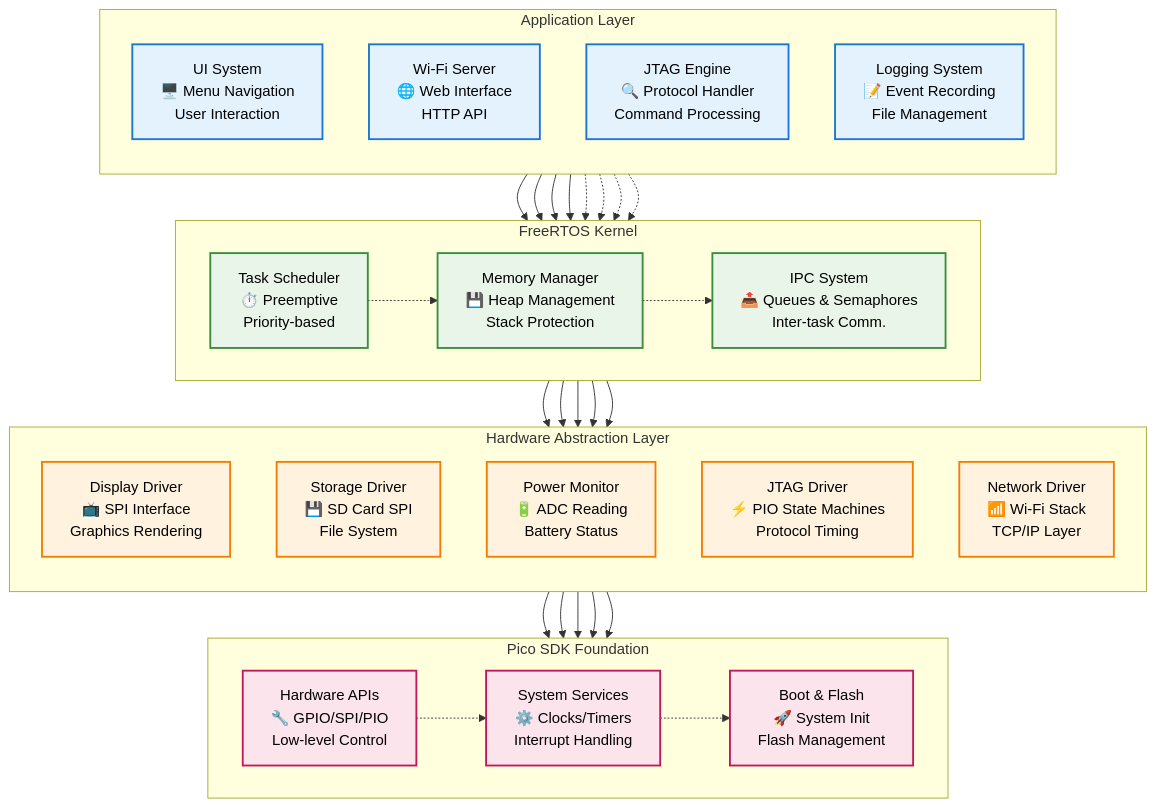
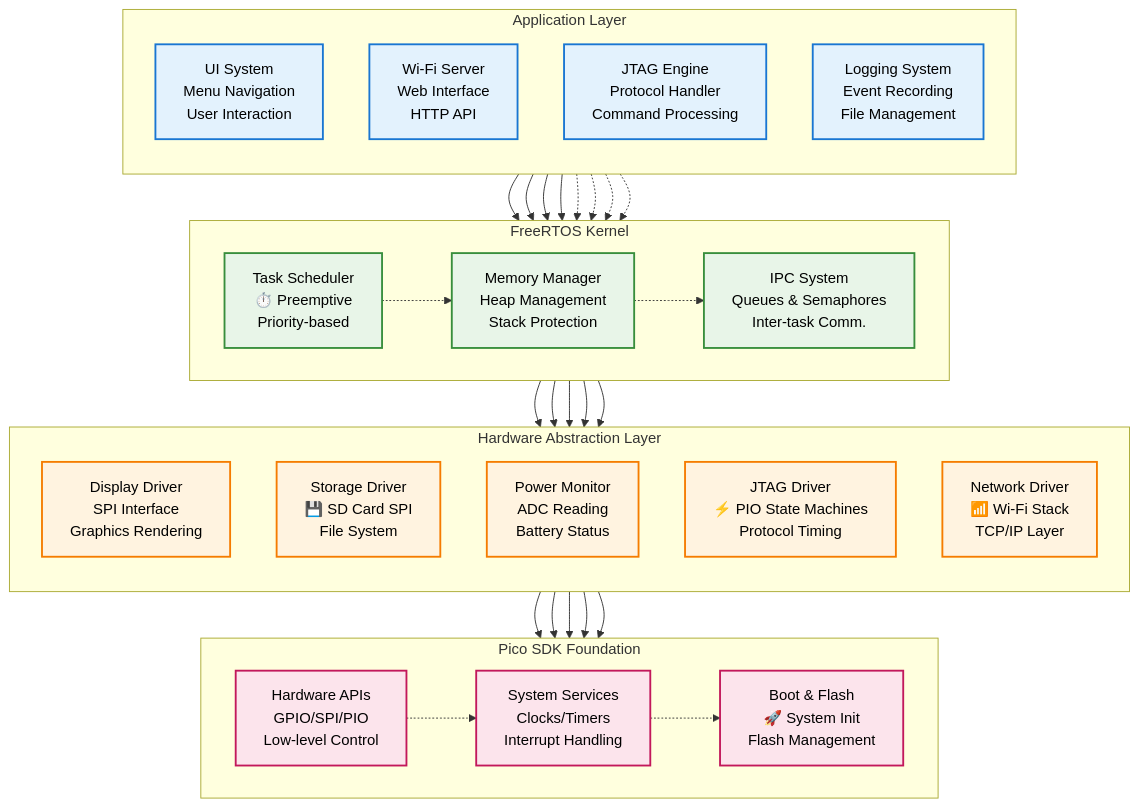
One commit to seedon198/KISS changed the third of 10 diagrams in README.md. Above: the diagram before and after it, drawn with Mermaid. The commit also changed other lines of this file, not shown here.

First line of the commit message:
docs: Convert Local Interface Navigation to sequence diagram format

````diff
--- a/README.md
+++ b/README.md
@@ -225,74 +225,74 @@
 ```mermaid
 flowchart TD
     subgraph "Application Layer"
         direction TB
-        APP1[UI System<br/>🖥️ Menu Navigation<br/>User Interaction]
-        APP2[Wi-Fi Server<br/>🌐 Web Interface<br/>HTTP API]
-        APP3[JTAG Engine<br/>🔍 Protocol Handler<br/>Command Processing]
-        APP4[Logging System<br/>📝 Event Recording<br/>File Management]
+        APP1[UI System<br/>Menu Navigation<br/>User Interaction]
+        APP2[Wi-Fi Server<br/>Web Interface<br/>HTTP API]
+        APP3[JTAG Engine<br/>Protocol Handler<br/>Command Processing]
+        APP4[Logging System<br/>Event Recording<br/>File Management]
     end
     
     subgraph "FreeRTOS Kernel"
         direction LR
         RTOS1[Task Scheduler<br/>⏱️ Preemptive<br/>Priority-based]
-        RTOS2[Memory Manager<br/>💾 Heap Management<br/>Stack Protection]
-        RTOS3[IPC System<br/>📤 Queues & Semaphores<br/>Inter-task Comm.]
+        RTOS2[Memory Manager<br/>Heap Management<br/>Stack Protection]
+        RTOS3[IPC System<br/>Queues & Semaphores<br/>Inter-task Comm.]
     end
     
     subgraph "Hardware Abstraction Layer"
         direction TB
-        HAL1[Display Driver<br/>📺 SPI Interface<br/>Graphics Rendering]
+        HAL1[Display Driver<br/>SPI Interface<br/>Graphics Rendering]
         HAL2[Storage Driver<br/>💾 SD Card SPI<br/>File System]
-        HAL3[Power Monitor<br/>🔋 ADC Reading<br/>Battery Status]
+        HAL3[Power Monitor<br/>ADC Reading<br/>Battery Status]
         HAL4[JTAG Driver<br/>⚡ PIO State Machines<br/>Protocol Timing]
         HAL5[Network Driver<br/>📶 Wi-Fi Stack<br/>TCP/IP Layer]
     end
     
     subgraph "Pico SDK Foundation"
         direction LR
-        SDK1[Hardware APIs<br/>🔧 GPIO/SPI/PIO<br/>Low-level Control]
-        SDK2[System Services<br/>⚙️ Clocks/Timers<br/>Interrupt Handling]
+        SDK1[Hardware APIs<br/>GPIO/SPI/PIO<br/>Low-level Control]
+        SDK2[System Services<br/>Clocks/Timers<br/>Interrupt Handling]
         SDK3[Boot & Flash<br/>🚀 System Init<br/>Flash Management]
     end
     
     %% Vertical connections (layered architecture)
     APP1 --> RTOS1
     APP2 --> RTOS1
     APP3 --> RTOS1
     APP4 --> RTOS1
     
     RTOS1 --> HAL1
     RTOS1 --> HAL2
     RTOS1 --> HAL3
     RTOS1 --> HAL4
     RTOS1 --> HAL5
     
     HAL1 --> SDK1
     HAL2 --> SDK1
     HAL3 --> SDK1
     HAL4 --> SDK1
     HAL5 --> SDK1
     
     %% Horizontal connections (inter-component)
     APP1 -.-> RTOS3
     APP2 -.-> RTOS3
     APP3 -.-> RTOS3
     APP4 -.-> RTOS3
     
     RTOS1 -.-> RTOS2
     RTOS2 -.-> RTOS3
     
     SDK1 -.-> SDK2
     SDK2 -.-> SDK3
     
     %% Styling
     classDef application fill:#e3f2fd,stroke:#1976d2,stroke-width:2px,color:#000
     classDef rtos fill:#e8f5e8,stroke:#388e3c,stroke-width:2px,color:#000
     classDef hal fill:#fff3e0,stroke:#f57c00,stroke-width:2px,color:#000
     classDef sdk fill:#fce4ec,stroke:#c2185b,stroke-width:2px,color:#000
     
     class APP1,APP2,APP3,APP4 application
     class RTOS1,RTOS2,RTOS3 rtos
     class HAL1,HAL2,HAL3,HAL4,HAL5 hal
     class SDK1,SDK2,SDK3 sdk
 ```
````
